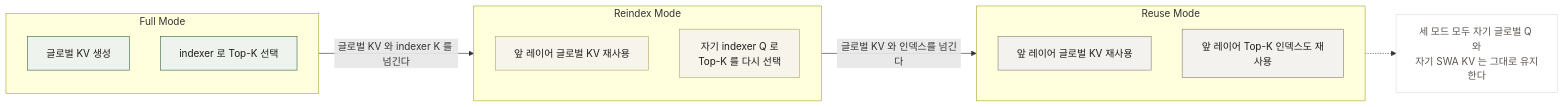
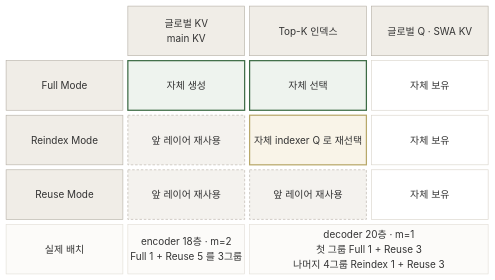
One commit to workdd/I_AM_ML_Engineer changed the second of 3 diagrams in readings/papers/[20260911] DeepSeek-V4.1-Flash_KV_Cache_Compression.md. Above: the diagram before and after it, drawn with Mermaid. The commit also changed other lines of this file and 1 other file, not shown here.

First line of the commit message:
docs: 다이어그램을 Mermaid 고급 문법으로 다시 그림

````diff
--- a/readings/papers/[20260911] DeepSeek-V4.1-Flash_KV_Cache_Compression.md
+++ b/readings/papers/[20260911] DeepSeek-V4.1-Flash_KV_Cache_Compression.md
@@ -53,29 +61,24 @@
 ```mermaid
-flowchart LR
-    subgraph FULL["Full Mode"]
-        F1["글로벌 KV 생성"]
-        F2["indexer 로 Top-K 선택"]
-    end
-    subgraph REIDX["Reindex Mode"]
-        R1["앞 레이어 글로벌 KV 재사용"]
-        R2["자기 indexer Q 로<br/>Top-K 를 다시 선택"]
-    end
-    subgraph REUSE["Reuse Mode"]
-        U1["앞 레이어 글로벌 KV 재사용"]
-        U2["앞 레이어 Top-K 인덱스도 재사용"]
-    end
-    FULL -->|"글로벌 KV 와 indexer K 를 넘긴다"| REIDX
-    REIDX -->|"글로벌 KV 와 인덱스를 넘긴다"| REUSE
+block-beta
+  columns 4
+  space h1["글로벌 KV<br/>main KV"] h2["Top-K 인덱스"] h3["글로벌 Q · SWA KV"]
+  m1["Full Mode"]        a1["자체 생성"]          a2["자체 선택"]              a3["자체 보유"]
+  m2["Reindex Mode"]     b1["앞 레이어 재사용"]    b2["자체 indexer Q 로 재선택"] b3["자체 보유"]
+  m3["Reuse Mode"]       c1["앞 레이어 재사용"]    c2["앞 레이어 재사용"]        c3["자체 보유"]
+  n1["실제 배치"]:1 n2["encoder 18층 · m=2<br/>Full 1 + Reuse 5 를 3그룹"]:1 n3["decoder 20층 · m=1<br/>첫 그룹 Full 1 + Reuse 3<br/>나머지 4그룹 Reindex 1 + Reuse 3"]:2
 
-    OWN["세 모드 모두 자기 글로벌 Q 와<br/>자기 SWA KV 는 그대로 유지한다"]
-    REUSE -.-> OWN
-
-    classDef full fill:#eef3ee,stroke:#3d6b45,color:#1e1c1a
-    classDef mid fill:#f7f4ec,stroke:#b8a86a,color:#1e1c1a
-    classDef reuse fill:#f4f2ee,stroke:#8a837a,color:#1e1c1a
-    classDef note fill:#fff,stroke:#e2ded7,color:#5b554e
-    class F1,F2 full
-    class R1,R2 mid
-    class U1,U2 reuse
-    class OWN note
+  classDef hdr  fill:#f0ede7,stroke:#b6b0a6,color:#5b554e
+  classDef mode fill:#f0ede7,stroke:#b6b0a6,color:#1e1c1a
+  classDef gen  fill:#eef3ee,stroke:#3d6b45,stroke-width:2px,color:#1e1c1a
+  classDef mid  fill:#f9f4e8,stroke:#b8a86a,stroke-width:2px,color:#1e1c1a
+  classDef re   fill:#f4f2ee,stroke:#b6b0a6,stroke-dasharray:4 3,color:#7a736a
+  classDef own  fill:#ffffff,stroke:#d9d4ca,color:#5b554e
+  classDef note fill:#fcfbf9,stroke:#e2ded7,color:#5b554e
+  class h1,h2,h3 hdr
+  class m1,m2,m3 mode
+  class a1,a2 gen
+  class b2 mid
+  class b1,c1,c2 re
+  class a3,b3,c3 own
+  class n1,n2,n3 note
 ```
````
